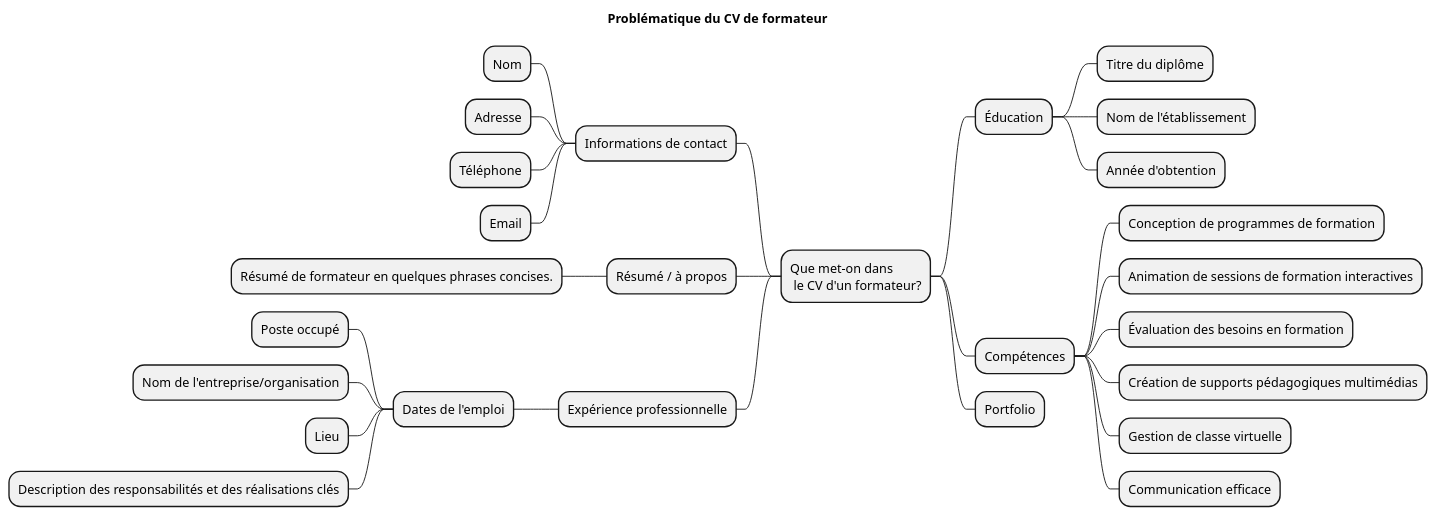
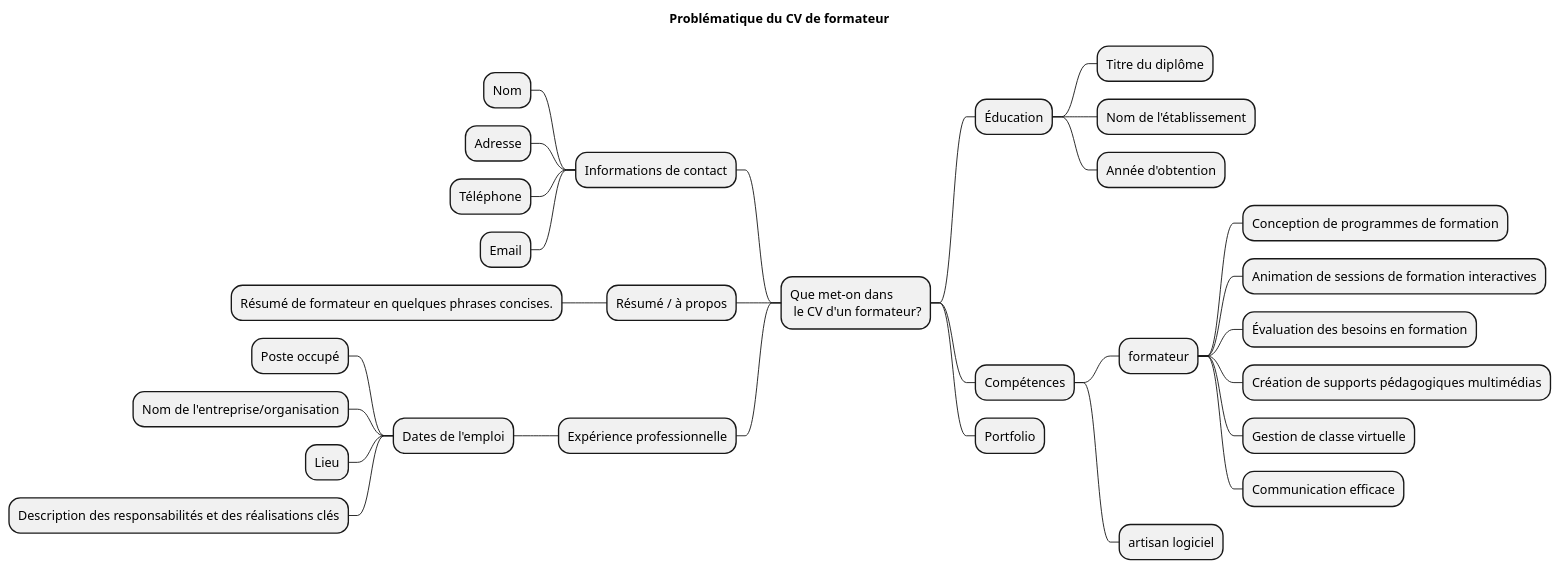
Before and after one commit to cheroliv/formateur: the diagram in 03_les_outils_du_formateur/cv_formateur_mindmap.puml, drawn with PlantUML.

Commit message:
clean, refactor, rename and add content.

```diff
--- a/03_les_outils_du_formateur/cv_formateur_mindmap.puml
+++ b/03_les_outils_du_formateur/cv_formateur_mindmap.puml
@@ -1,43 +1,44 @@
 @startmindmap
 'https://plantuml.com/mindmap-diagram
 
 title Problématique du CV de formateur
 
 * Que met-on dans \n le CV d'un formateur?
 
 left side
 
 ** Informations de contact
 *** Nom
 *** Adresse
 *** Téléphone
 *** Email
 
 ** Résumé / à propos
 *** Résumé de formateur en quelques phrases concises.
 
 ** Expérience professionnelle
 *** Dates de l'emploi
 **** Poste occupé
 **** Nom de l'entreprise/organisation
 **** Lieu
 **** Description des responsabilités et des réalisations clés
 
 right side
 
 ** Éducation
 *** Titre du diplôme
 *** Nom de l'établissement
 *** Année d'obtention
 
 ** Compétences
-*** Conception de programmes de formation
-*** Animation de sessions de formation interactives
-*** Évaluation des besoins en formation
-*** Création de supports pédagogiques multimédias
-*** Gestion de classe virtuelle
-*** Communication efficace
-
+*** formateur
+**** Conception de programmes de formation
+**** Animation de sessions de formation interactives
+**** Évaluation des besoins en formation
+**** Création de supports pédagogiques multimédias
+**** Gestion de classe virtuelle
+**** Communication efficace
+*** artisan logiciel
 ** Portfolio
 
 @endmindmap
```
